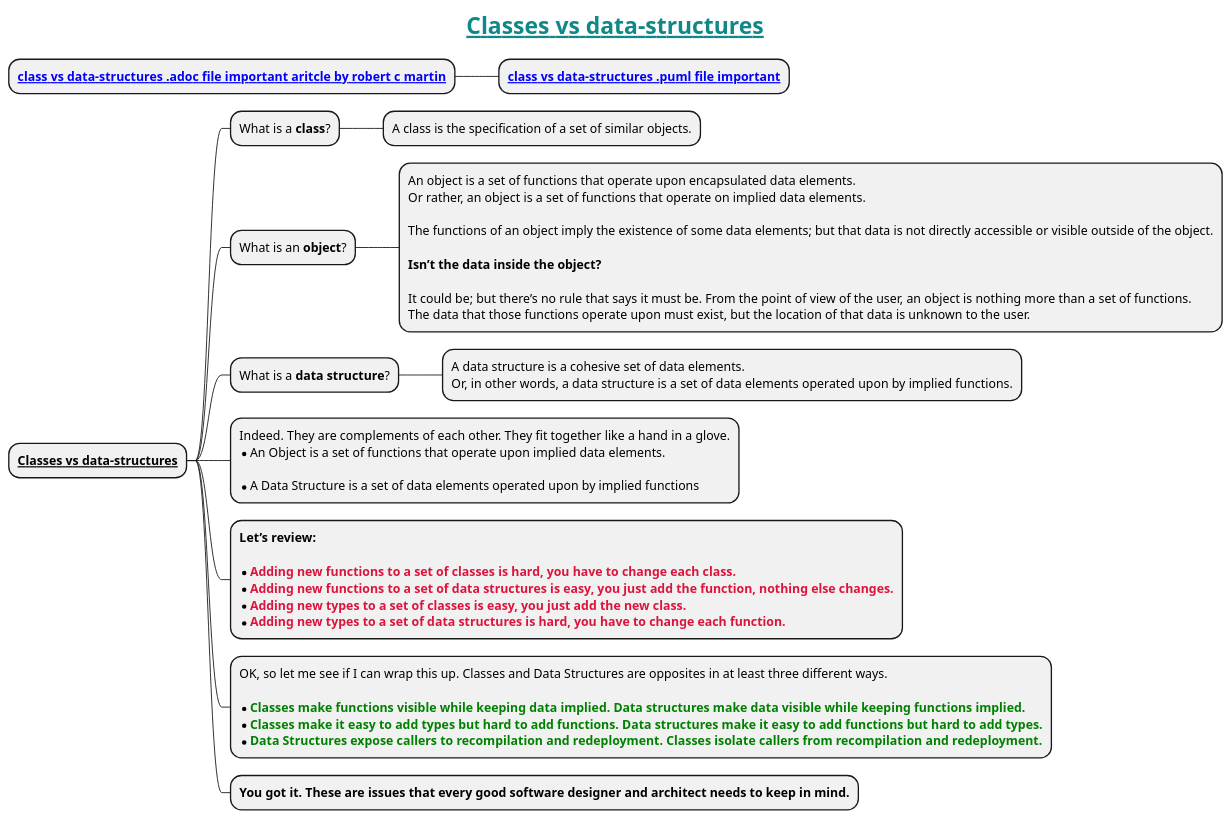
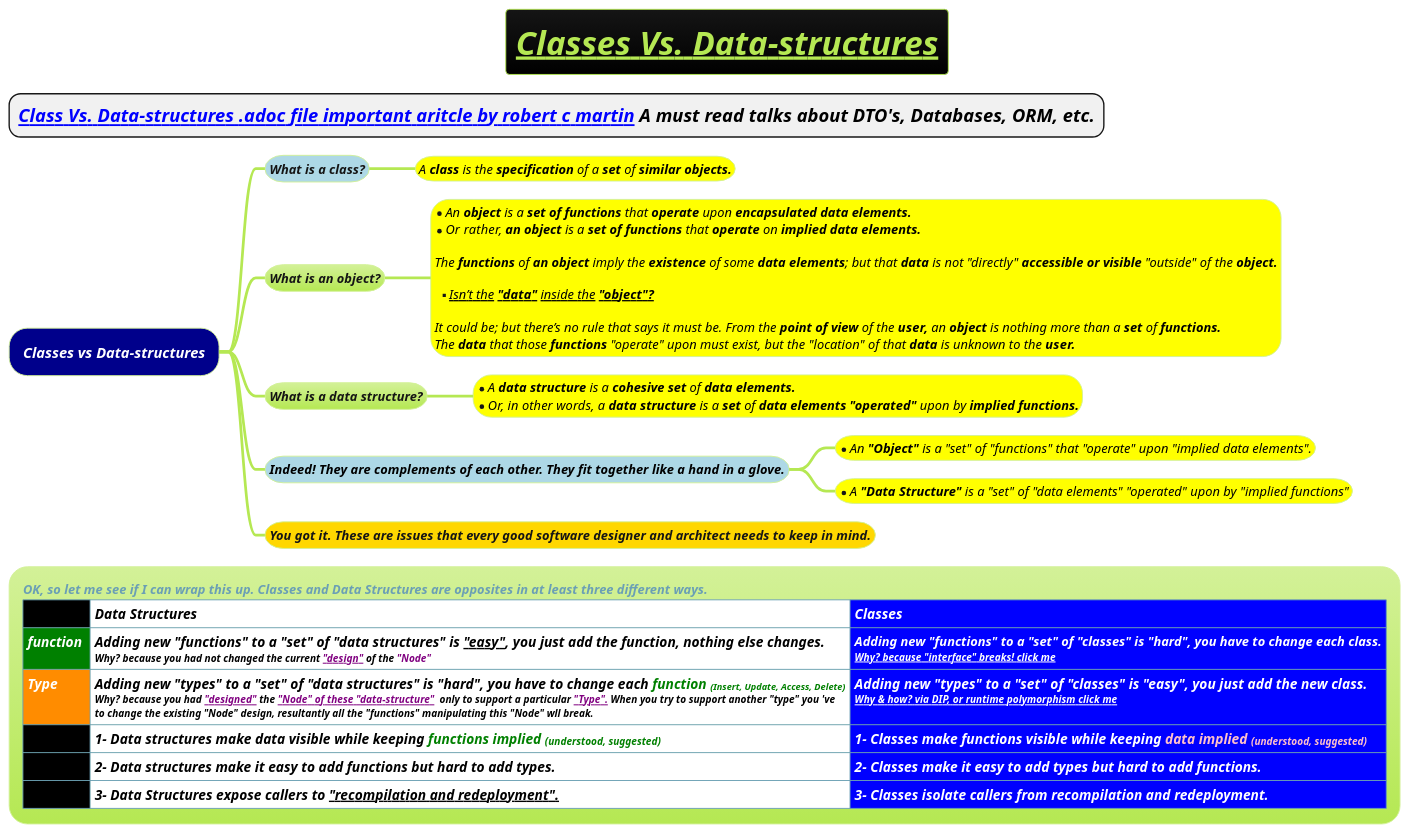
Before and after one commit to MehmoodHashmi/Documentation-as-Code-DaC: the diagram in docs/books/1-books-backlog/data-structure-and-algorithm/classes-vs-data-structures.puml, drawn with PlantUML. The commit also changed 8 other files, not shown here.

```diff
--- a/docs/books/1-books-backlog/data-structure-and-algorithm/classes-vs-data-structures.puml
+++ b/docs/books/1-books-backlog/data-structure-and-algorithm/classes-vs-data-structures.puml
@@ -1,46 +1,38 @@
 @startmindmap
-title = <color #118888>__Classes vs data-structures__</color>
+title =<i><b><u>Classes Vs. Data-structures
+* ==<b><i>[[docs/books/1-books-backlog/data-structure-and-algorithm/classes-vs-data-structres.adoc Class Vs. Data-structures .adoc file important aritcle by robert c martin]] A must read talks about DTO's, Databases, ORM, etc.
+!theme hacker
 
-* **[[docs/books/1-books-backlog/data-structure-and-algorithm/classes-vs-data-structres.adoc class vs data-structures .adoc file important aritcle by robert c martin]]**
-** **[[docs/books/1-books-backlog/data-structure-and-algorithm/Data-Structures-and-Classes.puml class vs data-structures .puml file important]]**
+*[#darkblue] <i><color #white>Classes vs Data-structures
+**[#lightblue] <i>What is a **class**?
+***[#yellow] <i><color #black><size:14>A **class** is the **specification** of a **set** of <b>similar objects.
+** <i>What is an **object**?
 
-* **__Classes vs data-structures__**
-** What is a **class**?
-*** A class is the specification of a set of similar objects.
-** What is an **object**?
+***[#yellow]:*<i><color #black><size:14>An **object** is a **set of functions** that **operate** upon <b>encapsulated data elements.
+*<i><color #black><size:14>Or rather, **an object** is a **set of functions** that **operate** on <b>implied data elements.
 
-***:An object is a set of functions that operate upon encapsulated data elements.
-Or rather, an object is a set of functions that operate on implied data elements.
+<i><color #black><size:14>The **functions** of **an object** imply the **existence** of some **data elements**; but that **data** is not "directly" **accessible or visible** "outside" of the <b>object.
 
-The functions of an object imply the existence of some data elements; but that data is not directly accessible or visible outside of the object.
+**<u><i><color #black><size:14>Isn’t the **"data"** inside the <b>"object"?
 
-**Isn’t the data inside the object?**
+<i><color #black><size:14>It could be; but there’s no rule that says it must be. From the **point of view** of the **user,** an **object** is nothing more than a **set** of <b>functions.
+<i><color #black><size:14>The **data** that those **functions** "operate" upon must exist, but the "location" of that **data** is unknown to the <b>user.;
 
-It could be; but there’s no rule that says it must be. From the point of view of the user, an object is nothing more than a set of functions.
-The data that those functions operate upon must exist, but the location of that data is unknown to the user.;
+** <i>What is a **data structure**?
+***[#yellow]:*<i><color #black><size:14>A **data structure** is a **cohesive set** of <b>data elements.
+*<i><color #black><size:14>Or, in other words, a **data structure** is a **set** of **data elements** **"operated"** upon by <b>implied functions.;
 
-** What is a **data structure**?
-***:A data structure is a cohesive set of data elements.
-Or, in other words, a data structure is a set of data elements operated upon by implied functions.;
+**[#lightblue] <i><color #black><size:14>Indeed! They are complements of each other. They fit together like a hand in a glove.
+***[#yellow] *<i><color #black><size:14>An **"Object"** is a "set" of "functions" that "operate" upon "implied data elements".
+***[#yellow] *<i><color #black><size:14>A **"Data Structure"** is a "set" of "data elements" "operated" upon by "implied functions"
 
-**:Indeed. They are complements of each other. They fit together like a hand in a glove.
-* An Object is a set of functions that operate upon implied data elements.
-
-* A Data Structure is a set of data elements operated upon by implied functions;
-
-**:**Let’s review:**
-
-* <color #crimson>**Adding new functions to a set of classes is hard, you have to change each class.**</color>
-* <color #crimson>**Adding new functions to a set of data structures is easy, you just add the function, nothing else changes.**</color>
-* <color #crimson>**Adding new types to a set of classes is easy, you just add the new class.**</color>
-* <color #crimson>**Adding new types to a set of data structures is hard, you have to change each function.**</color>;
-
-**:OK, so let me see if I can wrap this up. Classes and Data Structures are opposites in at least three different ways.
-
-* <color #green>**Classes make functions visible while keeping data implied. Data structures make data visible while keeping functions implied.**</color>
-* <color #green>**Classes make it easy to add types but hard to add functions. Data structures make it easy to add functions but hard to add types.**</color>
-* <color #green>**Data Structures expose callers to recompilation and redeployment. Classes isolate callers from recompilation and redeployment.**</color>;
-
-** **You got it. These are issues that every good software designer and architect needs to keep in mind.**
+**[#gold] <i>**You got it. These are issues that every good software designer and architect needs to keep in mind.**
+*:<i><color #w><size:14>OK, so let me see if I can wrap this up. Classes and Data Structures are opposites in at least three different ways.
+|<#black><color #white><i><size:15> |<#white><color #black><i><size:15>Data Structures|<#blue><color #white><i><size:15>Classes|
+|<#green><color #white><i><size:15>function |<#white><color #black><i><size:15>Adding new "functions" to a "set" of "data structures" is <u>"easy"</u>, you just add the function, nothing else changes.\n<color #black><i><size:11>Why? because you had not changed the current <u><color #purple>"design"</u> of the <color #purple>"Node" |<#blue><color #white><i><size:14>Adding new "functions" to a "set" of "classes" is "hard", you have to change each class.\n<color #white><i><size:11>[[docs/3-programming-languages/Venkat-Subramaniam/images/img_170.png Why? because "interface" breaks! click me]]|
+|<#darkorange><color #white><i><size:15>Type |<#white><color #black><i><size:15>Adding new "types" to a "set" of "data structures" is "hard", you have to change each <color #green>function <size:10>(Insert, Update, Access, Delete)\n<color #black><i><size:11>Why? because you had <u><color #purple>"designed"</u> the <u><color #purple>"Node" of these "data-structure"</u>  only to support a particular <u><color #purple>"Type".</u> When you try to support another "type" you 've\n<color #black><i><size:11>to change the existing "Node" design, resultantly all the "functions" manipulating this "Node" wll break.  |<#blue><color #white><i><size:15>Adding new "types" to a "set" of "classes" is "easy", you just add the new class.\n<color #white><i><size:11>[[docs/3-programming-languages/Venkat-Subramaniam/images/img_169.png Why & how? via DIP, or runtime polymorphism click me]]|
+|<#black><color #white><i><size:15> |<#white><color #black><i><size:15>1- Data structures make data visible while keeping <color #green>functions implied <size:11>(understood, suggested)|<#blue><color #white><i><size:15>1- Classes make functions visible while keeping <color #pink>data implied <size:11>(understood, suggested)|
+|<#black><color #white><i><size:15> |<#white><color #black><i><size:15>2- Data structures make it easy to add functions but hard to add types.|<#blue><color #white><i><size:15>2- Classes make it easy to add types but hard to add functions.|
+|<#black><color #white><i><size:15> |<#white><color #black><i><size:15>3- Data Structures expose callers to <u>"recompilation and redeployment".|<#blue><color #white><i><size:15>3- Classes isolate callers from recompilation and redeployment.|;
 
 @endmindmap
```
